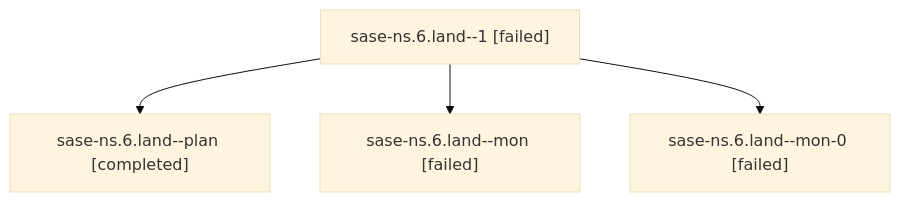
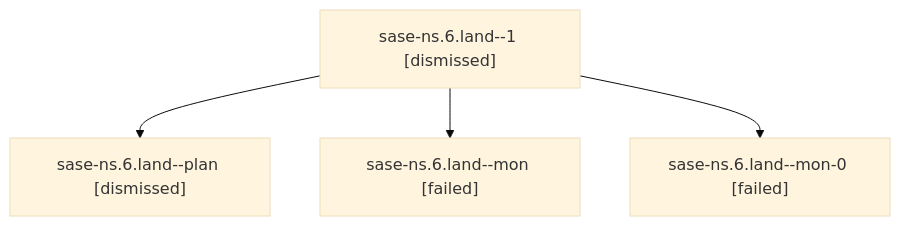
One commit to sase-org/sase--agents changed the diagram in families/bbugyi200.athena.sase-ns.6.land.md. Above: the diagram before and after it, drawn with Mermaid (base theme). The commit also changed other lines of this file and 179 other files, not shown here.

````diff
--- a/families/bbugyi200.athena.sase-ns.6.land.md
+++ b/families/bbugyi200.athena.sase-ns.6.land.md
@@ -9,10 +9,10 @@
 ```mermaid
 flowchart TD
-  n0["sase-ns.6.land--1 [failed]"]
-  n1["sase-ns.6.land--plan [completed]"]
+  n0["sase-ns.6.land--1 [dismissed]"]
+  n1["sase-ns.6.land--plan [dismissed]"]
   n0 --> n1
   n2["sase-ns.6.land--mon [failed]"]
   n0 --> n2
   n3["sase-ns.6.land--mon-0 [failed]"]
   n0 --> n3
 ```
````
